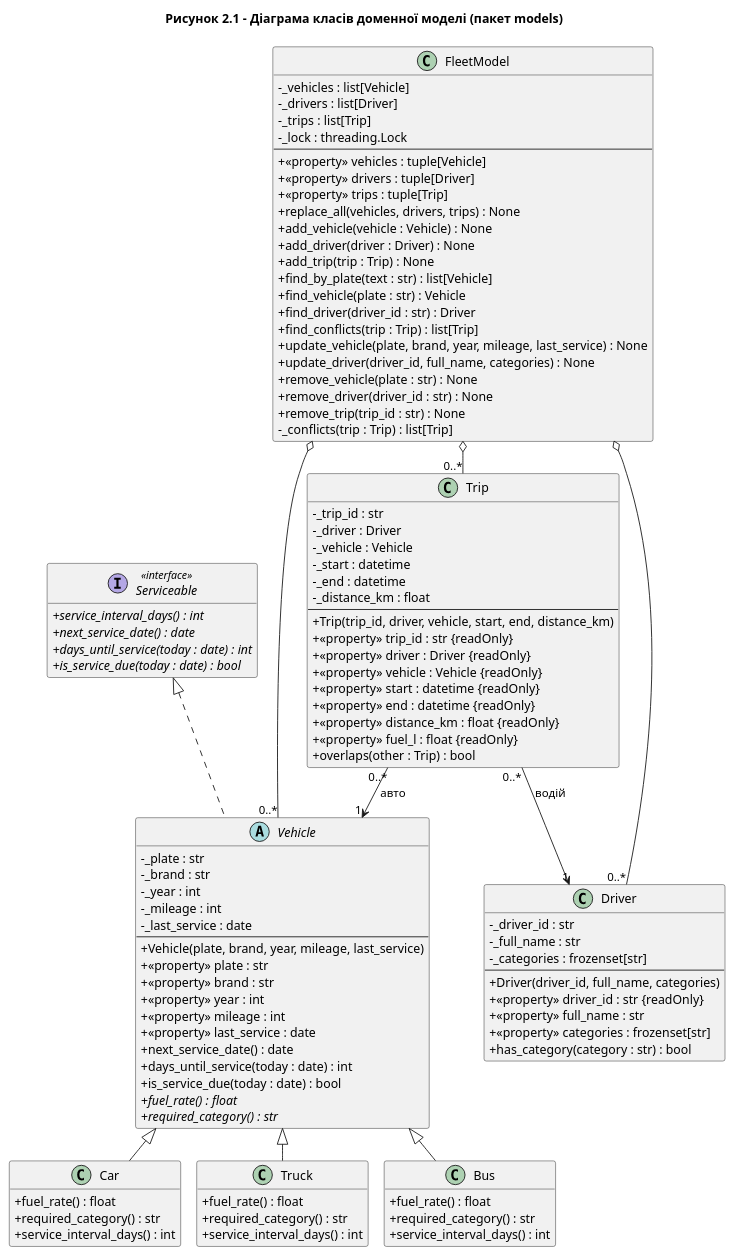
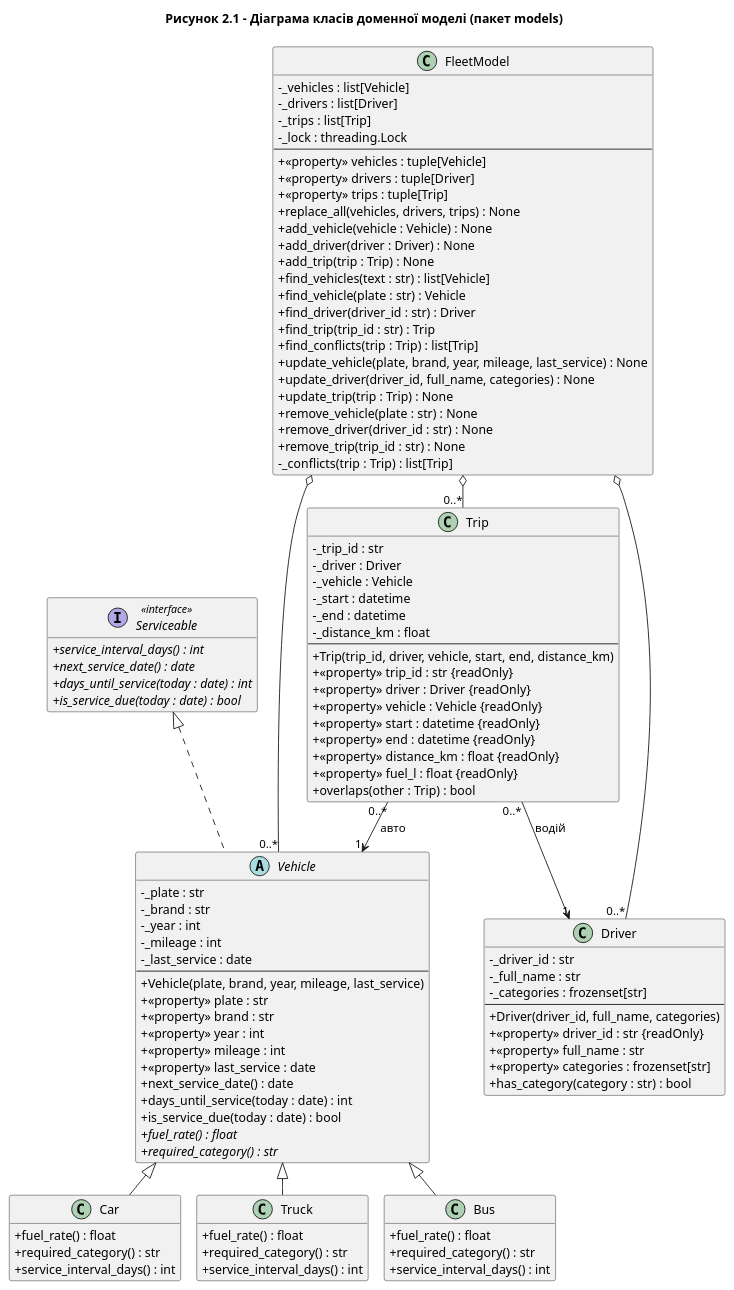
Before and after one commit to Trixksq/autopark: the diagram in docs/uml/domain.puml, drawn with PlantUML. The commit also changed 25 other files, not shown here.

```diff
--- a/docs/uml/domain.puml
+++ b/docs/uml/domain.puml
@@ -3,119 +3,121 @@
 @startuml domain
 !pragma layout smetana
 skinparam classAttributeIconSize 0
 hide empty members
 title Рисунок 2.1 – Діаграма класів доменної моделі (пакет models)
 
 interface Serviceable <<interface>> {
   + {abstract} service_interval_days() : int
   + {abstract} next_service_date() : date
   + {abstract} days_until_service(today : date) : int
   + {abstract} is_service_due(today : date) : bool
 }
 
 abstract class Vehicle {
   - _plate : str
   - _brand : str
   - _year : int
   - _mileage : int
   - _last_service : date
   --
   + Vehicle(plate, brand, year, mileage, last_service)
   + «property» plate : str
   + «property» brand : str
   + «property» year : int
   + «property» mileage : int
   + «property» last_service : date
   + next_service_date() : date
   + days_until_service(today : date) : int
   + is_service_due(today : date) : bool
   + {abstract} fuel_rate() : float
   + {abstract} required_category() : str
 }
 
 class Car {
   + fuel_rate() : float
   + required_category() : str
   + service_interval_days() : int
 }
 
 class Truck {
   + fuel_rate() : float
   + required_category() : str
   + service_interval_days() : int
 }
 
 class Bus {
   + fuel_rate() : float
   + required_category() : str
   + service_interval_days() : int
 }
 
 class Driver {
   - _driver_id : str
   - _full_name : str
   - _categories : frozenset[str]
   --
   + Driver(driver_id, full_name, categories)
   + «property» driver_id : str {readOnly}
   + «property» full_name : str
   + «property» categories : frozenset[str]
   + has_category(category : str) : bool
 }
 
 class Trip {
   - _trip_id : str
   - _driver : Driver
   - _vehicle : Vehicle
   - _start : datetime
   - _end : datetime
   - _distance_km : float
   --
   + Trip(trip_id, driver, vehicle, start, end, distance_km)
   + «property» trip_id : str {readOnly}
   + «property» driver : Driver {readOnly}
   + «property» vehicle : Vehicle {readOnly}
   + «property» start : datetime {readOnly}
   + «property» end : datetime {readOnly}
   + «property» distance_km : float {readOnly}
   + «property» fuel_l : float {readOnly}
   + overlaps(other : Trip) : bool
 }
 
 class FleetModel {
   - _vehicles : list[Vehicle]
   - _drivers : list[Driver]
   - _trips : list[Trip]
   - _lock : threading.Lock
   --
   + «property» vehicles : tuple[Vehicle]
   + «property» drivers : tuple[Driver]
   + «property» trips : tuple[Trip]
   + replace_all(vehicles, drivers, trips) : None
   + add_vehicle(vehicle : Vehicle) : None
   + add_driver(driver : Driver) : None
   + add_trip(trip : Trip) : None
-  + find_by_plate(text : str) : list[Vehicle]
+  + find_vehicles(text : str) : list[Vehicle]
   + find_vehicle(plate : str) : Vehicle
   + find_driver(driver_id : str) : Driver
+  + find_trip(trip_id : str) : Trip
   + find_conflicts(trip : Trip) : list[Trip]
   + update_vehicle(plate, brand, year, mileage, last_service) : None
   + update_driver(driver_id, full_name, categories) : None
+  + update_trip(trip : Trip) : None
   + remove_vehicle(plate : str) : None
   + remove_driver(driver_id : str) : None
   + remove_trip(trip_id : str) : None
   - _conflicts(trip : Trip) : list[Trip]
 }
 
 Serviceable <|.. Vehicle
 Vehicle <|-- Car
 Vehicle <|-- Truck
 Vehicle <|-- Bus
 
 Trip "0..*" --> "1" Driver : водій
 Trip "0..*" --> "1" Vehicle : авто
 
 FleetModel o-- "0..*" Vehicle
 FleetModel o-- "0..*" Driver
 FleetModel o-- "0..*" Trip
 @enduml
```
